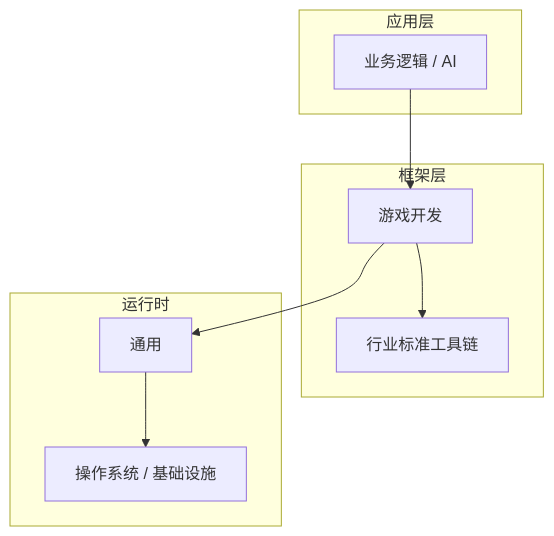
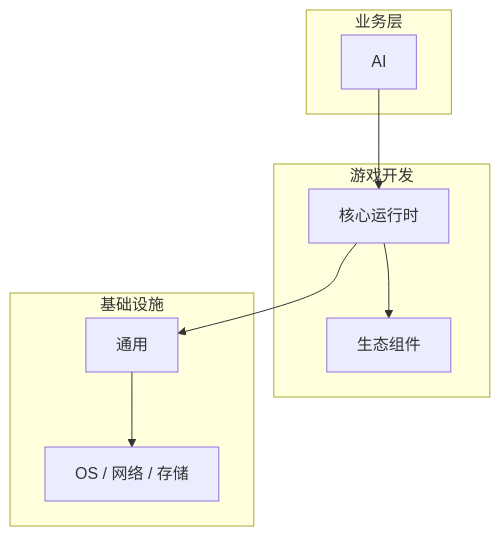
The diagram in articles/游戏开发/chapters/081-AI核心概念与原理.md (yanggan2015/knowledge-json-v2), drawn with Mermaid before and after one commit. The commit also changed other lines of this file and 10127 other files, not shown here.

````diff
--- a/articles/游戏开发/chapters/081-AI核心概念与原理.md
+++ b/articles/游戏开发/chapters/081-AI核心概念与原理.md
@@ -45,18 +30,18 @@
 ```mermaid
 graph TB
-    subgraph 应用层
-        A[业务逻辑 / AI]
+    subgraph 业务层
+        A[AI]
     end
-    subgraph 框架层
-        B[游戏开发]
-        C[行业标准工具链]
+    subgraph 游戏开发
+        B[核心运行时]
+        C[生态组件]
     end
-    subgraph 运行时
+    subgraph 基础设施
         D[通用]
-        E[操作系统 / 基础设施]
+        E[OS / 网络 / 存储]
     end
     A --> B
     B --> C
     B --> D
     D --> E
 ```
````
